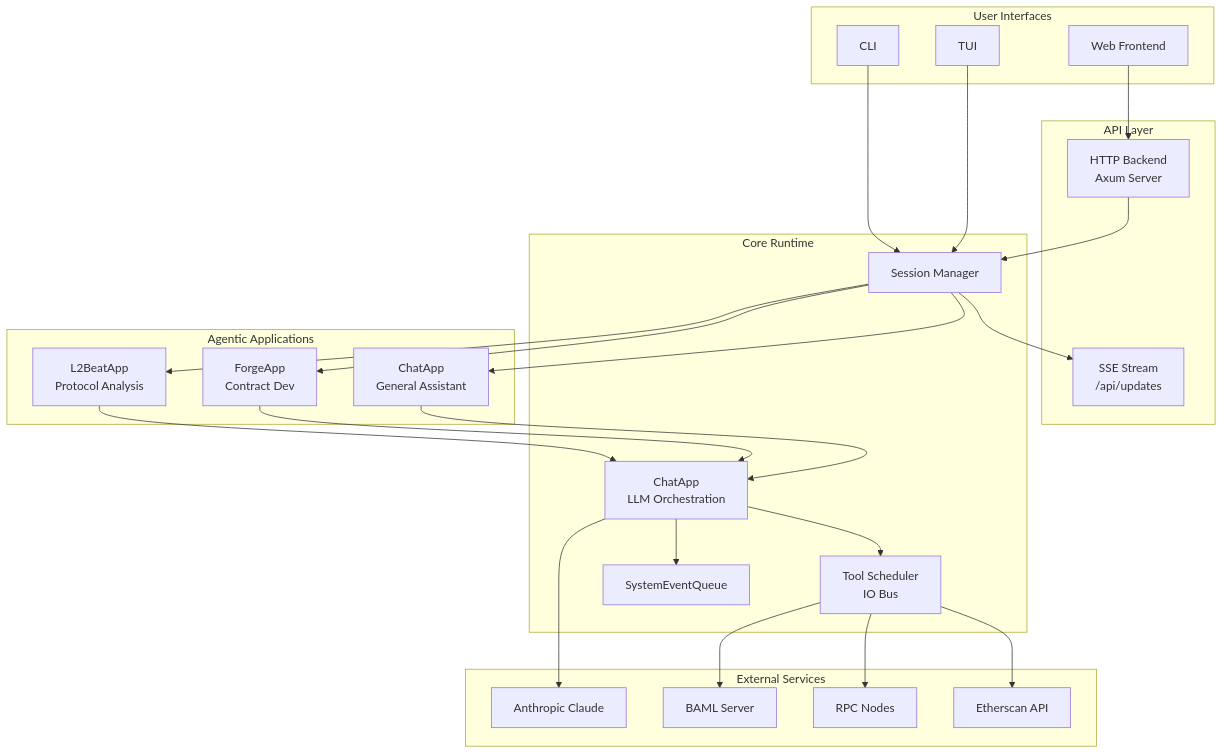
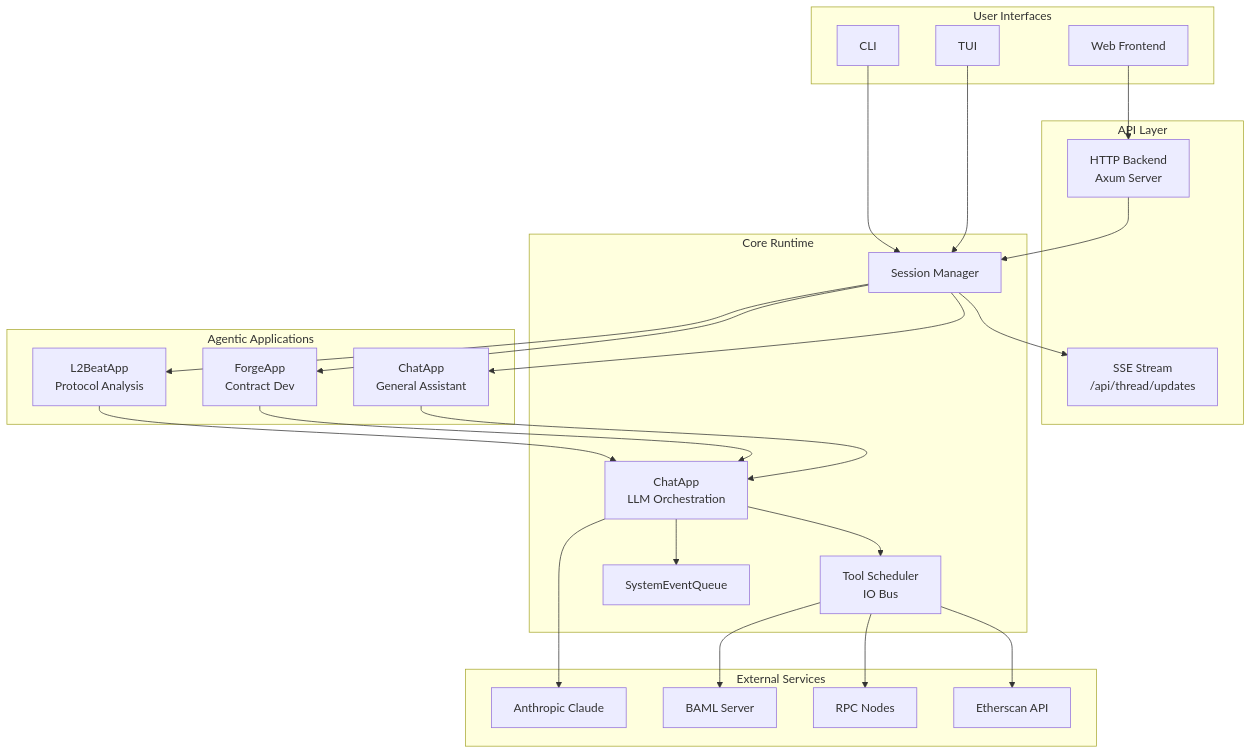
The first of 6 diagrams in apps/landing/content/guides/reference/architecture.mdx (aomi-labs/aomi-widget), drawn with Mermaid before and after one commit. The commit also changed 35 other files, not shown here.

````diff
--- a/apps/landing/content/guides/reference/architecture.mdx
+++ b/apps/landing/content/guides/reference/architecture.mdx
@@ -12,55 +12,55 @@
 ```mermaid
 graph TB
     subgraph "User Interfaces"
         CLI[CLI]
         TUI[TUI]
         WEB[Web Frontend]
     end
 
     subgraph "API Layer"
         HTTP[HTTP Backend<br/>Axum Server]
-        SSE[SSE Stream<br/>/api/updates]
+        SSE[SSE Stream<br/>/api/thread/updates]
     end
 
     subgraph "Core Runtime"
         SM[Session Manager]
         CHAT[ChatApp<br/>LLM Orchestration]
         SCHED[Tool Scheduler<br/>IO Bus]
         SEQ[SystemEventQueue]
     end
 
     subgraph "Agentic Applications"
         DEFAULT[ChatApp<br/>General Assistant]
         FORGE[ForgeApp<br/>Contract Dev]
         L2B[L2BeatApp<br/>Protocol Analysis]
     end
 
     subgraph "External Services"
         ANTHROPIC[Anthropic Claude]
         ETHERSCAN[Etherscan API]
         RPC[RPC Nodes]
         BAML[BAML Server]
     end
 
     CLI --> SM
     TUI --> SM
     WEB --> HTTP
     HTTP --> SM
     SM --> SSE
 
     SM --> DEFAULT
     SM --> FORGE
     SM --> L2B
 
     DEFAULT --> CHAT
     FORGE --> CHAT
     L2B --> CHAT
 
     CHAT --> SCHED
     CHAT --> SEQ
     CHAT --> ANTHROPIC
 
     SCHED --> ETHERSCAN
     SCHED --> RPC
     SCHED --> BAML
 ```
````
